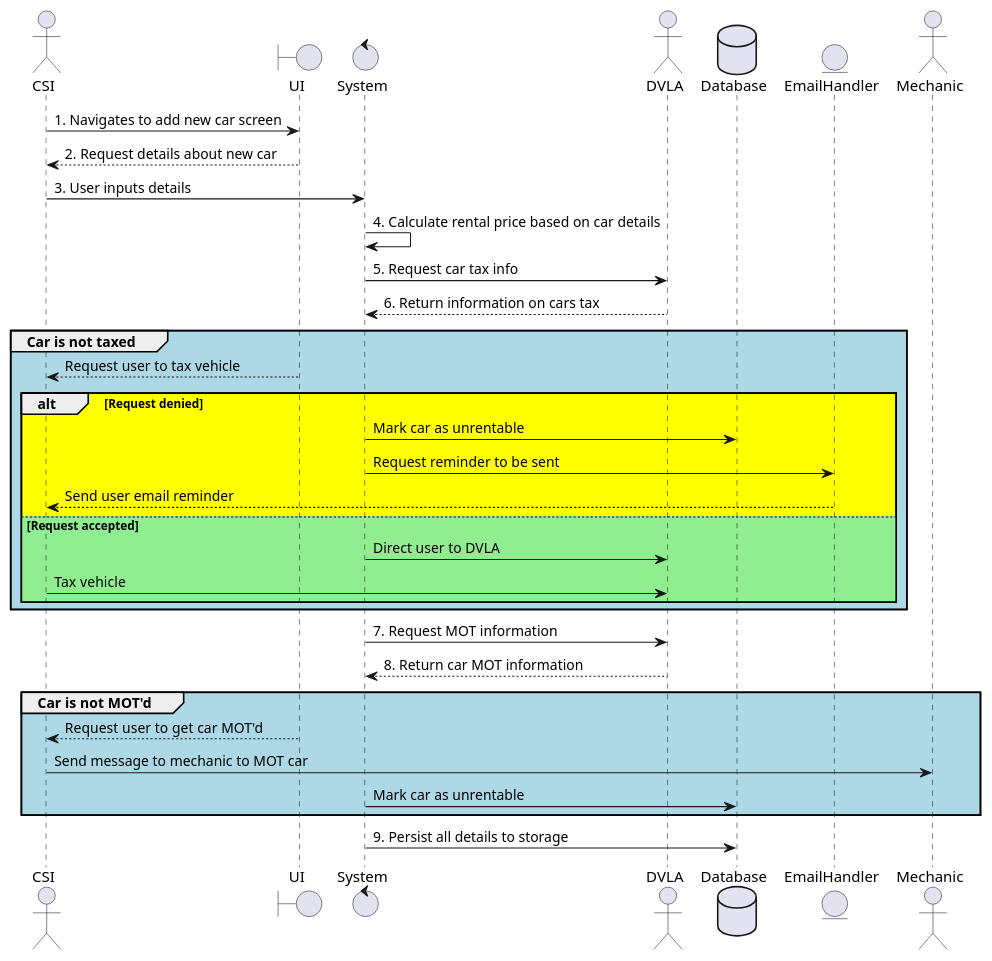
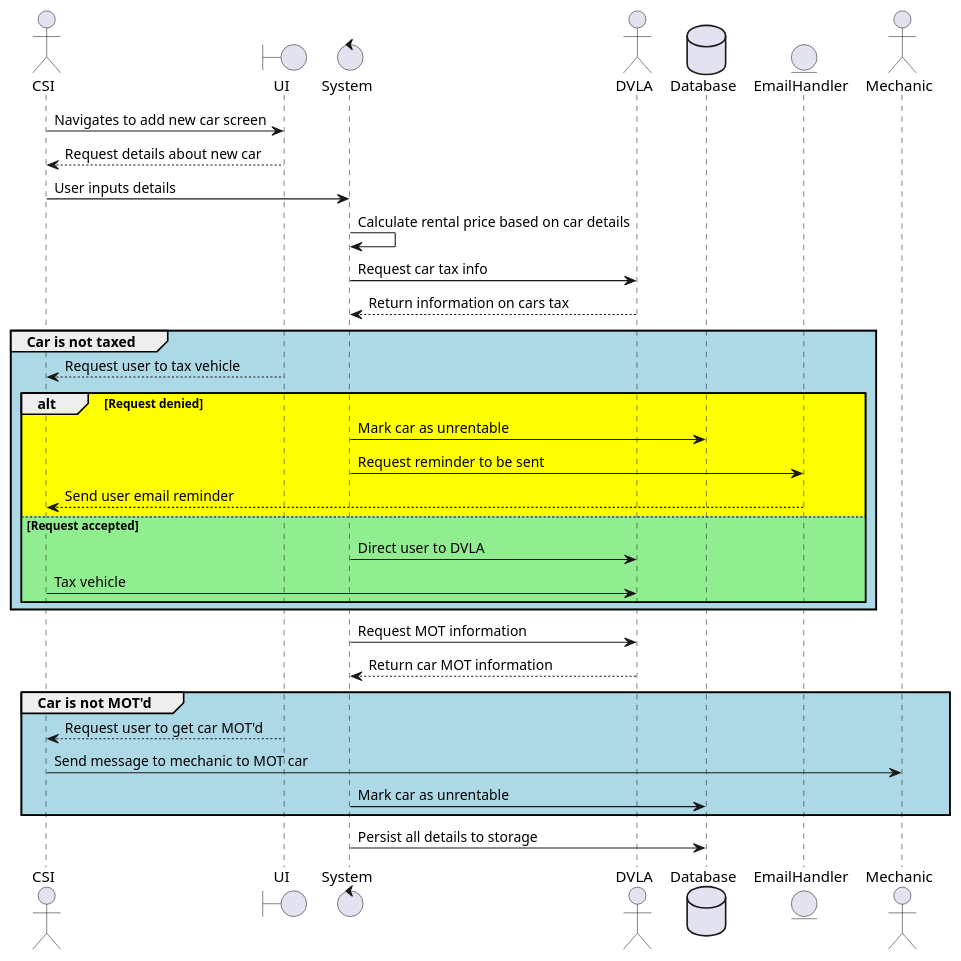
One commit to OMBowkerBBC/DC4600-Assignment1 changed the diagram in diagrams/sequence/Sequence5.puml. Above: the diagram before and after it, drawn with PlantUML. The commit also changed 3 other files, not shown here.

Commit message:
updated seqeuence diagrams and bit more detail for design

```diff
--- a/diagrams/sequence/Sequence5.puml
+++ b/diagrams/sequence/Sequence5.puml
@@ -1,38 +1,38 @@
 @startuml
 actor CSI as csi
 boundary UI as ui
 control System as sys
 actor DVLA as dvla
 database Database as db
 entity EmailHandler as email
 actor Mechanic as mech
 
-csi -> ui : 1. Navigates to add new car screen
-csi <-- ui : 2. Request details about new car
-csi -> sys : 3. User inputs details
+csi -> ui : Navigates to add new car screen
+csi <-- ui : Request details about new car
+csi -> sys : User inputs details
 
-sys -> sys : 4. Calculate rental price based on car details
-sys -> dvla : 5. Request car tax info
-sys <-- dvla : 6. Return information on cars tax
+sys -> sys : Calculate rental price based on car details
+sys -> dvla : Request car tax info
+sys <-- dvla : Return information on cars tax
 
 group #LightBlue Car is not taxed
   csi <-- ui : Request user to tax vehicle
   alt #Yellow Request denied
     sys -> db : Mark car as unrentable
     sys -> email : Request reminder to be sent
     csi <-- email : Send user email reminder
   else #LightGreen Request accepted
     sys -> dvla : Direct user to DVLA
     csi -> dvla : Tax vehicle
   end
 end
 
-sys -> dvla : 7. Request MOT information
-sys <-- dvla : 8. Return car MOT information
+sys -> dvla : Request MOT information
+sys <-- dvla : Return car MOT information
 group #LightBlue Car is not MOT'd
   csi <-- ui : Request user to get car MOT'd
   csi -> mech : Send message to mechanic to MOT car
   sys -> db : Mark car as unrentable
 end
-sys -> db : 9. Persist all details to storage
+sys -> db : Persist all details to storage
 @enduml
```
